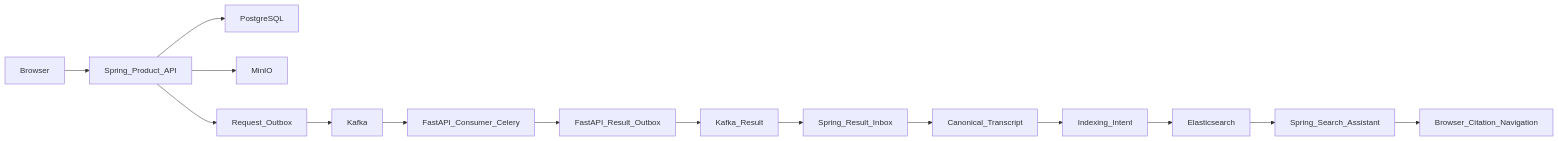
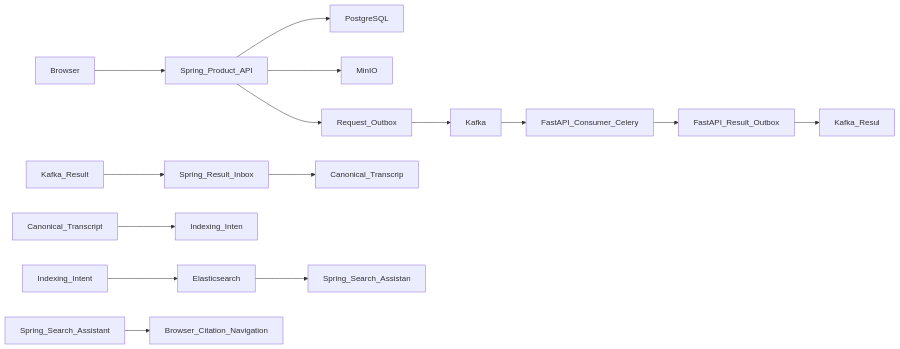
Before and after one commit to quangducnguyen1205/ai-knowledge-workspace: the second of 2 diagrams in docs/project-history/project2-to-project3-evolution.md, drawn with Mermaid. The commit also changed other lines of this file, not shown here.

Commit message:
docs(project): refocus the roadmap on personal learning

````diff
--- a/docs/project-history/project2-to-project3-evolution.md
+++ b/docs/project-history/project2-to-project3-evolution.md
@@ -95,16 +95,16 @@
 ```mermaid
 flowchart LR
     Browser --> Spring_Product_API
     Spring_Product_API --> PostgreSQL & MinIO
     Spring_Product_API --> Request_Outbox
     Request_Outbox --> Kafka
     Kafka --> FastAPI_Consumer_Celery
     FastAPI_Consumer_Celery --> FastAPI_Result_Outbox
-    FastAPI_Result_Outbox --> Kafka_Result
+    FastAPI_Result_Outbox --> Kafka_Resul
     Kafka_Result --> Spring_Result_Inbox
-    Spring_Result_Inbox --> Canonical_Transcript
-    Canonical_Transcript --> Indexing_Intent
+    Spring_Result_Inbox --> Canonical_Transcrip
+    Canonical_Transcript --> Indexing_Inten
     Indexing_Intent --> Elasticsearch
-    Elasticsearch --> Spring_Search_Assistant
+    Elasticsearch --> Spring_Search_Assistan
     Spring_Search_Assistant --> Browser_Citation_Navigation
 ```
````
